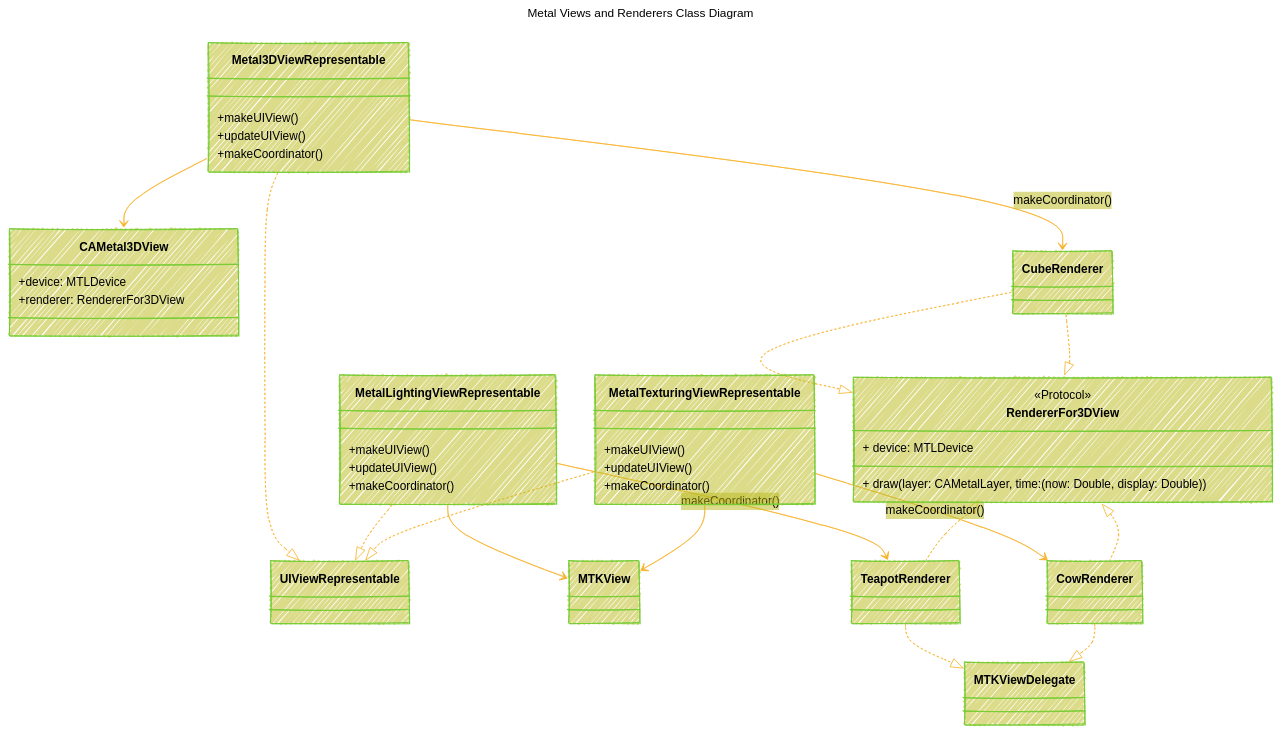
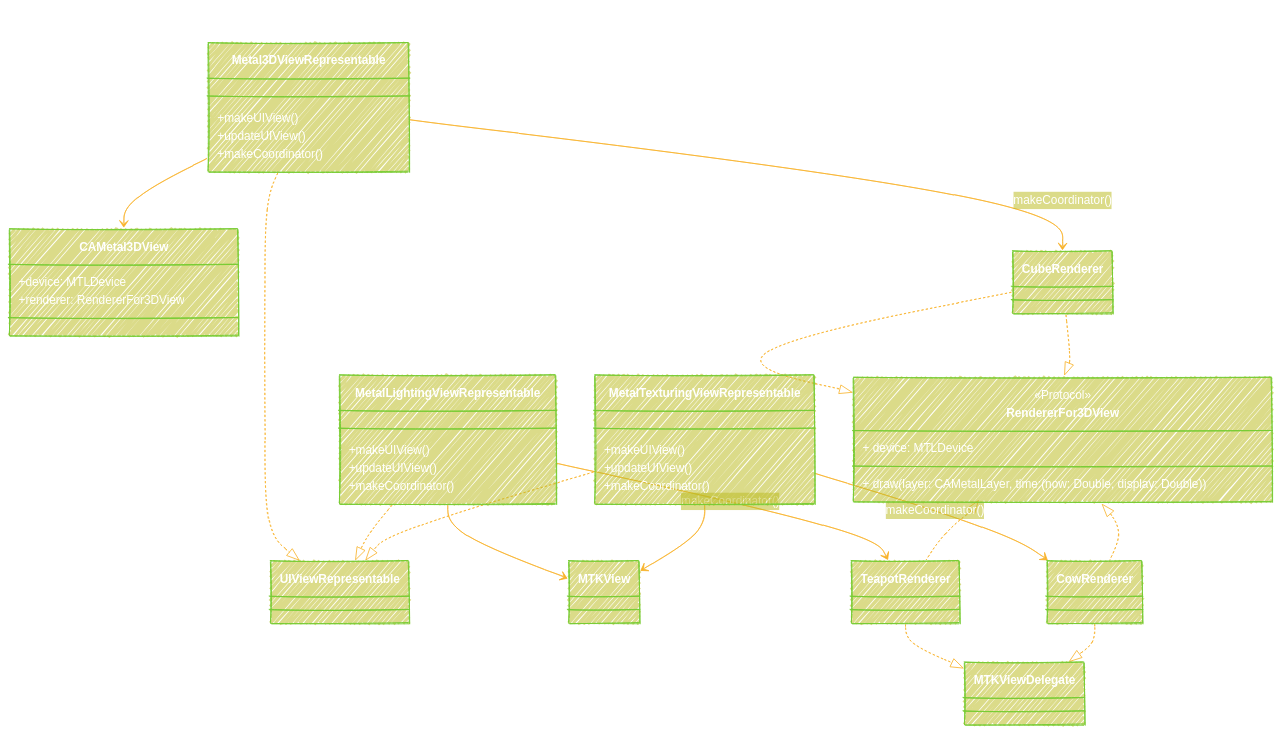
The third of 4 diagrams in README.md (CongLeSolutionX/Metal-Primitives), drawn with Mermaid before and after one commit. The commit also changed other lines of this file, not shown here.

````diff
--- a/README.md
+++ b/README.md
@@ -270,77 +270,77 @@
 ```mermaid
 ---
 title: "Metal Views and Renderers Class Diagram"
 author: "Cong Le"
 version: "1.0"
 license(s): "MIT, CC BY 4.0"
 copyright: "Copyright (c) 2025 Cong Le. All Rights Reserved."
 config:
   look: handDrawn
   theme: base
 ---
 %%%%%%%% Mermaid version v11.4.1-b.14
 %%{
   init: {
     'classDiagram': { 'htmlLabels': false},
     'fontFamily': 'Monospace',
     'themeVariables': {
       'primaryColor': '#BB28',
-      'primaryTextColor': '#000',
+      'primaryTextColor': '#FFF',
       'lineColor': '#F8B229',
       'primaryBorderColor': '#7C3',
       'secondaryColor': '#DD15'
     }
   }
 }%%
 classDiagram
     %% SwiftUI Representable Views
     class Metal3DViewRepresentable {
         +makeUIView()
         +updateUIView()
         +makeCoordinator()
     }
     class MetalLightingViewRepresentable {
         +makeUIView()
         +updateUIView()
         +makeCoordinator()
     }
     class MetalTexturingViewRepresentable {
         +makeUIView()
         +updateUIView()
         +makeCoordinator()
     }
 
     Metal3DViewRepresentable ..|> UIViewRepresentable
     MetalLightingViewRepresentable ..|> UIViewRepresentable
     MetalTexturingViewRepresentable ..|> UIViewRepresentable
 
     %% Underlying Metal Views
     class CAMetal3DView {
         +device: MTLDevice
         +renderer: RendererFor3DView
     }
     class MTKView
 
     Metal3DViewRepresentable --> CAMetal3DView
     MetalLightingViewRepresentable --> MTKView
     MetalTexturingViewRepresentable --> MTKView
 
     %% Coordinators (Renderers)
     Metal3DViewRepresentable --> CubeRenderer : makeCoordinator()
     MetalLightingViewRepresentable --> TeapotRenderer : makeCoordinator()
     MetalTexturingViewRepresentable --> CowRenderer : makeCoordinator()
 
     %% Renderers
     class RendererFor3DView {
         <<Protocol>>
         + device: MTLDevice
         + draw(layer: CAMetalLayer, time: (now: Double, display: Double))
     }
     RendererFor3DView <|.. CubeRenderer
     RendererFor3DView <|.. TeapotRenderer
     RendererFor3DView <|.. CowRenderer
 
     CubeRenderer ..|> RendererFor3DView
     TeapotRenderer ..|> MTKViewDelegate
     CowRenderer ..|> MTKViewDelegate
 ```
````
